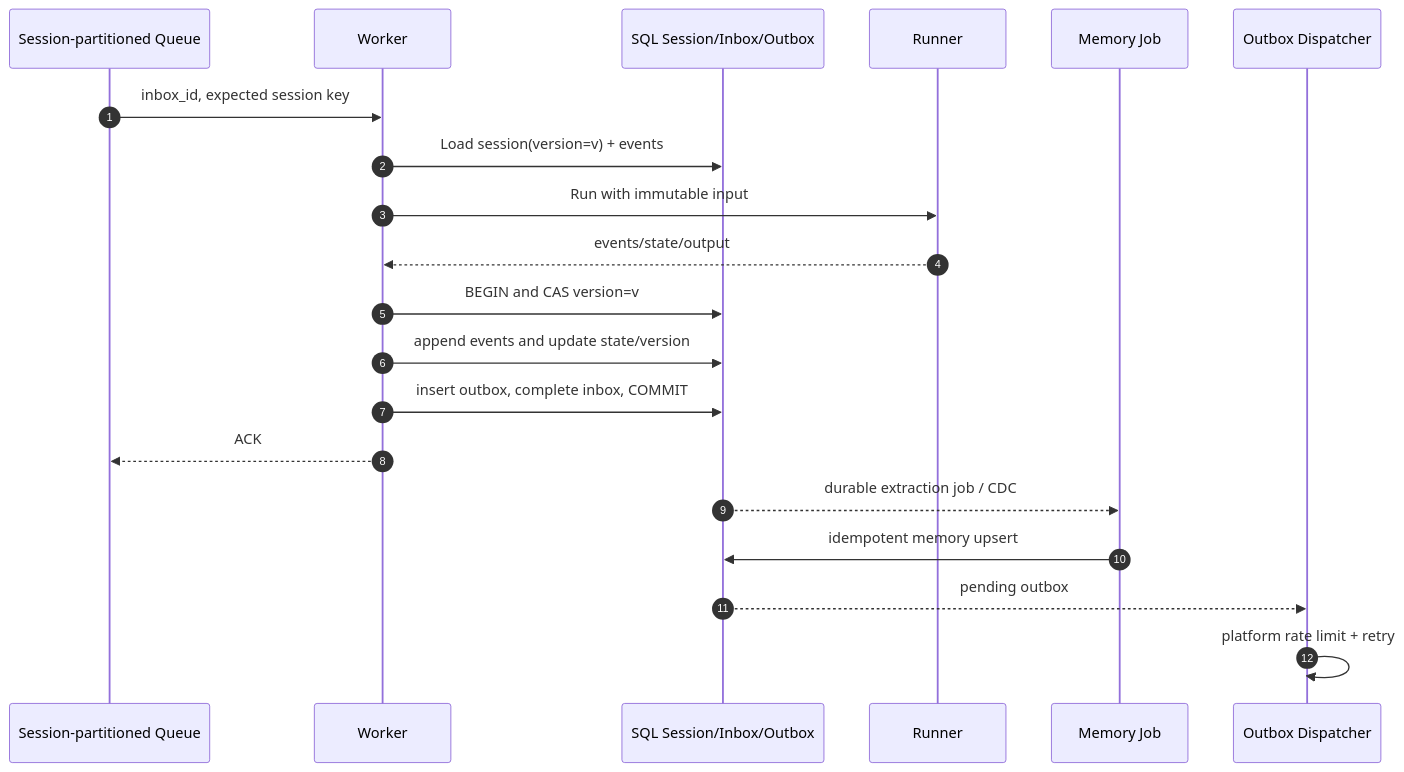
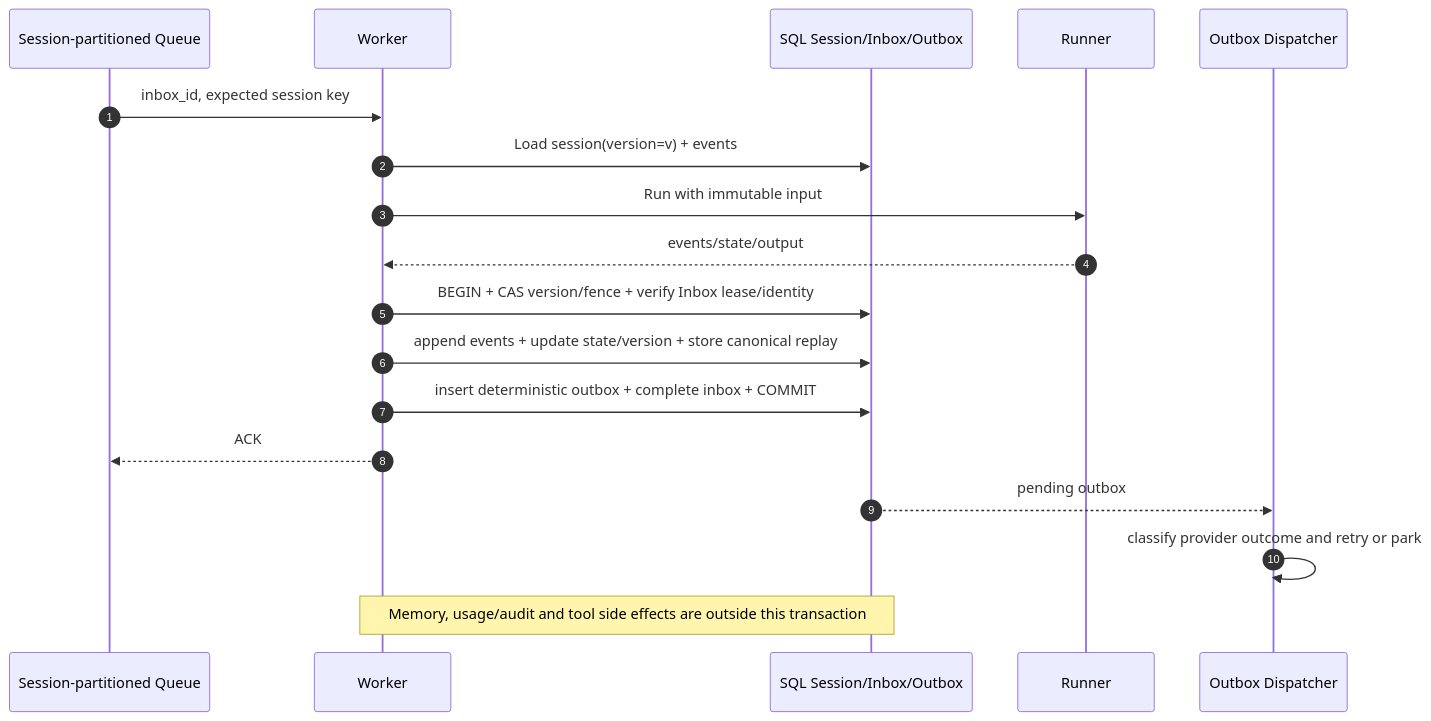
The first of 3 diagrams in docs/data-consistency.md (cyl6/trpc-agent-service), drawn with Mermaid before and after one commit. The commit also changed other lines of this file and 868 other files, not shown here.

````diff
--- a/docs/data-consistency.md
+++ b/docs/data-consistency.md
@@ -93,23 +111,21 @@
 ```mermaid
 sequenceDiagram
     autonumber
     participant Q as Session-partitioned Queue
     participant W as Worker
     participant DB as SQL Session/Inbox/Outbox
     participant R as Runner
-    participant M as Memory Job
     participant O as Outbox Dispatcher
 
     Q->>W: inbox_id, expected session key
     W->>DB: Load session(version=v) + events
     W->>R: Run with immutable input
     R-->>W: events/state/output
-    W->>DB: BEGIN and CAS version=v
-    W->>DB: append events and update state/version
-    W->>DB: insert outbox, complete inbox, COMMIT
+    W->>DB: BEGIN + CAS version/fence + verify Inbox lease/identity
+    W->>DB: append events + update state/version + store canonical replay
+    W->>DB: insert deterministic outbox + complete inbox + COMMIT
     W-->>Q: ACK
-    DB-->>M: durable extraction job / CDC
-    M->>DB: idempotent memory upsert
     DB-->>O: pending outbox
-    O->>O: platform rate limit + retry
+    O->>O: classify provider outcome and retry or park
+    Note over W,DB: Memory, usage/audit and tool side effects are outside this transaction
 ```
````
